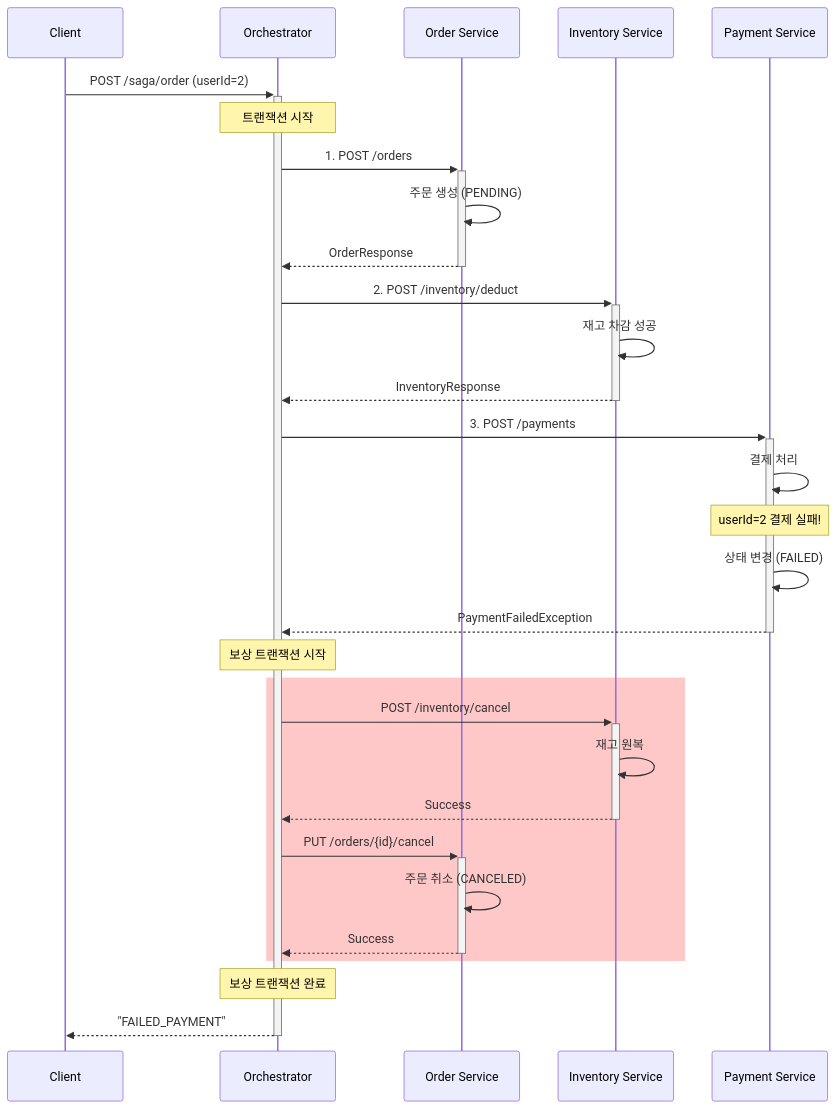
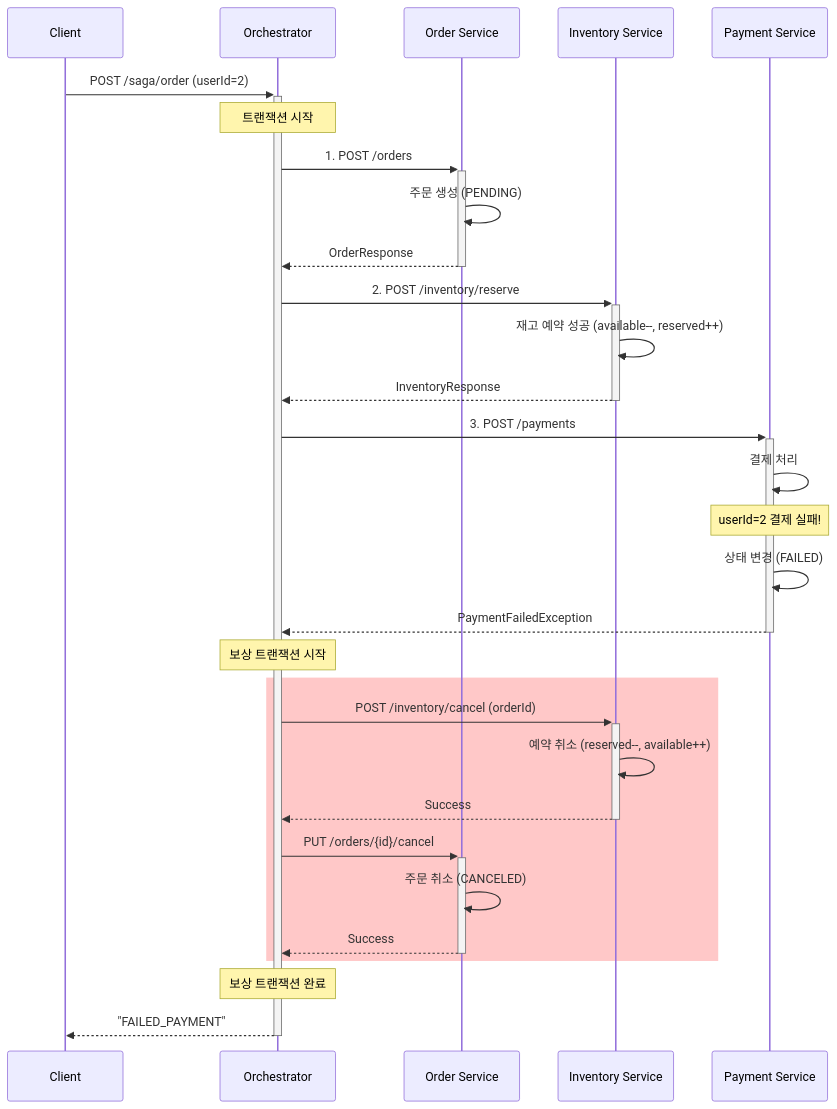
One commit to kimjunyoung90/saga-examples changed the third of 4 diagrams in orchestration/README.md. Above: the diagram before and after it, drawn with Mermaid. The commit also changed other lines of this file and 13 other files, not shown here.

````diff
--- a/orchestration/README.md
+++ b/orchestration/README.md
@@ -170,39 +208,39 @@
 ```mermaid
 sequenceDiagram
     participant C as Client
     participant O as Orchestrator
     participant Order as Order Service
     participant Inv as Inventory Service
     participant Pay as Payment Service
 
     C->>+O: POST /saga/order (userId=2)
     Note over O: 트랜잭션 시작
 
     O->>+Order: 1. POST /orders
     Order->>Order: 주문 생성 (PENDING)
     Order-->>-O: OrderResponse
 
-    O->>+Inv: 2. POST /inventory/deduct
-    Inv->>Inv: 재고 차감 성공
+    O->>+Inv: 2. POST /inventory/reserve
+    Inv->>Inv: 재고 예약 성공 (available--, reserved++)
     Inv-->>-O: InventoryResponse
 
     O->>+Pay: 3. POST /payments
     Pay->>Pay: 결제 처리
     Note over Pay: userId=2 결제 실패!
     Pay->>Pay: 상태 변경 (FAILED)
     Pay-->>-O: PaymentFailedException
 
     Note over O: 보상 트랜잭션 시작
     rect rgb(255, 200, 200)
-        O->>+Inv: POST /inventory/cancel
-        Inv->>Inv: 재고 원복
+        O->>+Inv: POST /inventory/cancel (orderId)
+        Inv->>Inv: 예약 취소 (reserved--, available++)
         Inv-->>-O: Success
 
         O->>+Order: PUT /orders/{id}/cancel
         Order->>Order: 주문 취소 (CANCELED)
         Order-->>-O: Success
     end
 
     Note over O: 보상 트랜잭션 완료
     O-->>-C: "FAILED_PAYMENT"
 ```
````
